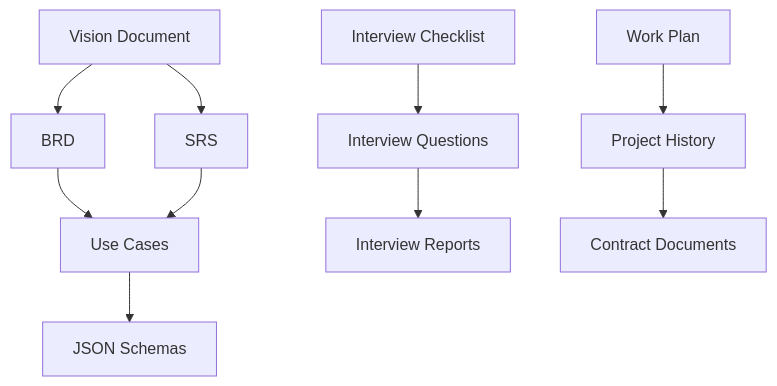
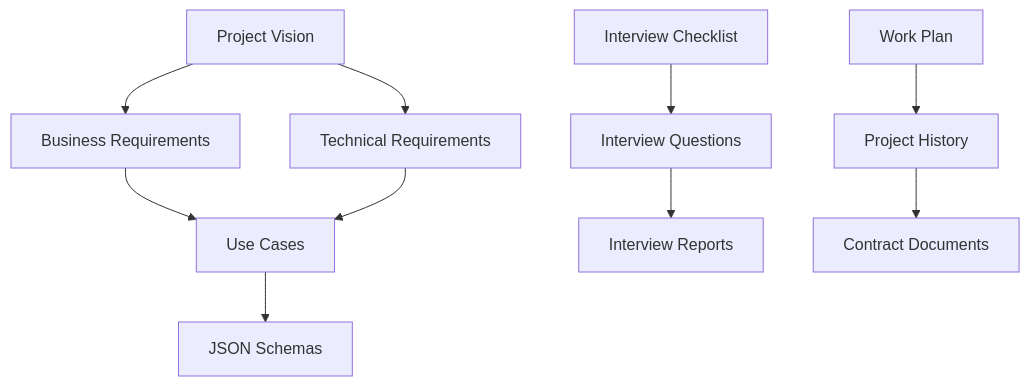
The diagram in documentation/README.md (freewayspb/engineering_AI), drawn with Mermaid before and after one commit. The commit also changed other lines of this file and 101 other files, not shown here.

````diff
--- a/documentation/README.md
+++ b/documentation/README.md
@@ -125,12 +137,12 @@
 ```mermaid
 graph TD
-    A[Vision Document] --> B[BRD]
-    A --> C[SRS]
+    A[Project Vision] --> B[Business Requirements]
+    A --> C[Technical Requirements]
     B --> D[Use Cases]
     C --> D
     D --> E[JSON Schemas]
     F[Interview Checklist] --> G[Interview Questions]
     G --> H[Interview Reports]
     I[Work Plan] --> J[Project History]
     J --> K[Contract Documents]
 ```
````
